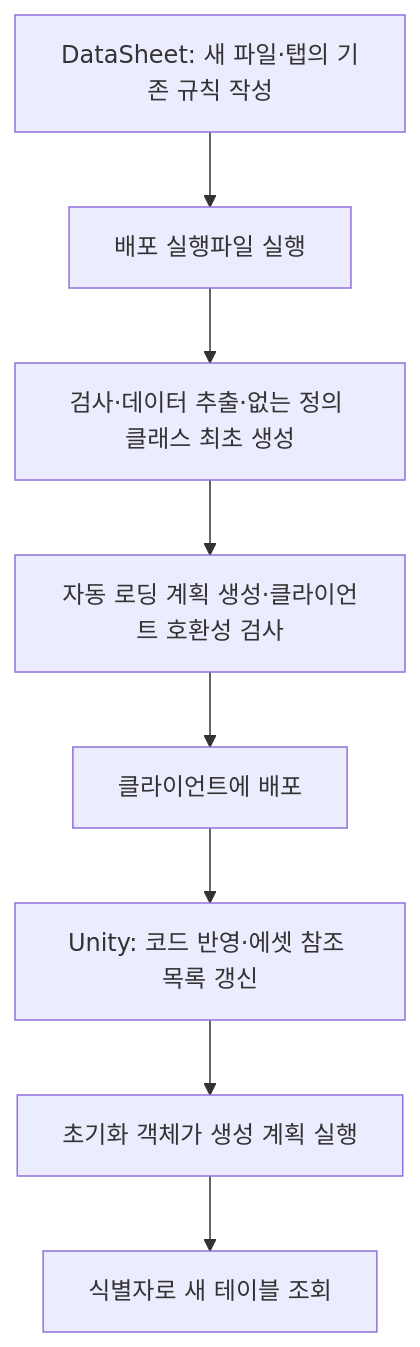
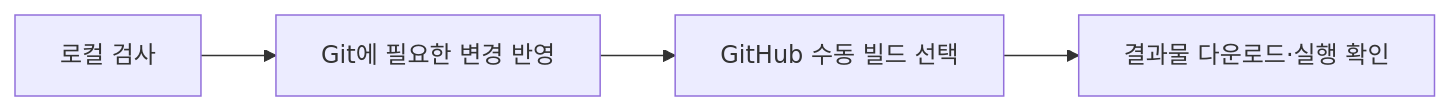
The third of 3 diagrams in README.md (lkhwcf-arch/Human_Ghost-), drawn with Mermaid before and after one commit. The commit also changed other lines of this file and 92 other files, not shown here.

````diff
--- a/README.md
+++ b/README.md
@@ -148,10 +69,6 @@
-```mermaid
-flowchart TD
-    A[DataSheet: 새 파일·탭의 기존 규칙 작성] --> B[배포 실행파일 실행]
-    B --> C[검사·데이터 추출·없는 정의 클래스 최초 생성]
-    C --> D[자동 로딩 계획 생성·클라이언트 호환성 검사]
-    D --> E[클라이언트에 배포]
-    E --> F[Unity: 코드 반영·에셋 참조 목록 갱신]
-    F --> G[초기화 객체가 생성 계획 실행]
-    G --> H[식별자로 새 테이블 조회]
-```
+~~~mermaid
+flowchart LR
+    A[로컬 검사] --> B[Git에 필요한 변경 반영]
+    B --> C[GitHub 수동 빌드 선택]
+    C --> D[결과물 다운로드·실행 확인]
+~~~
````
